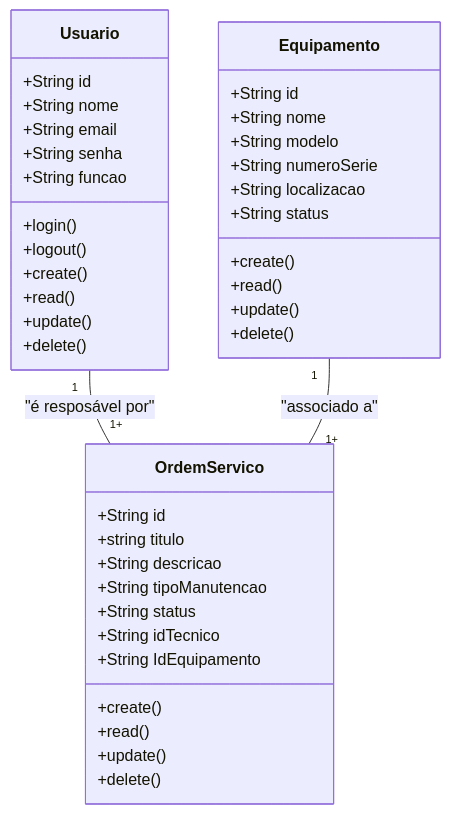
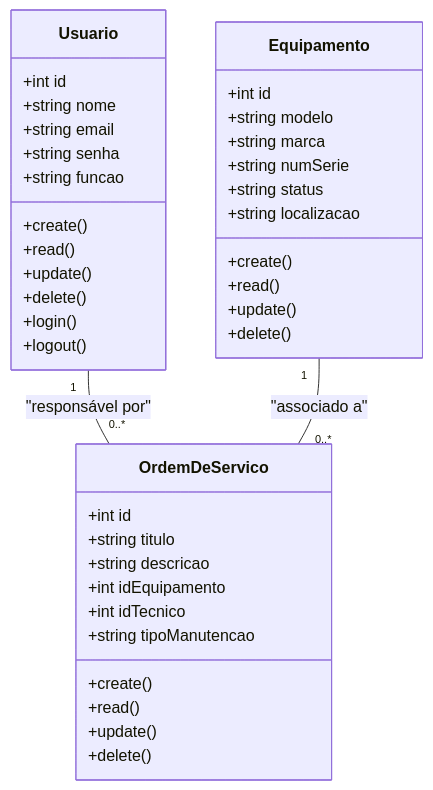
The first of 3 diagrams in FrameWorks/Next/formativa-sgm/README.md (mary-silva2007/CursoFrontEnd-1), drawn with Mermaid before and after one commit. The commit also changed other lines of this file and 10 other files, not shown here.

````diff
--- a/FrameWorks/Next/formativa-sgm/README.md
+++ b/FrameWorks/Next/formativa-sgm/README.md
@@ -27,49 +34,47 @@
 ```mermaid
 
 classDiagram
-
-    class Usuario{
-        +String id
-        +String nome
-        +String email
-        +String senha
-        +String funcao
+    class Usuario {
+        +int id
+        +string nome
+        +string email
+        +string senha
+        +string funcao
+        +create()
+        +read()
+        +update()
+        +delete()
         +login()
         +logout()
+    }
+
+    class Equipamento {
+        +int id
+        +string modelo
+        +string marca
+        +string numSerie
+        +string status
+        +string localizacao
         +create()
         +read()
         +update()
         +delete()
     }
 
-    class Equipamento{
-        +String id
-        +String nome
-        +String modelo
-        +String numeroSerie
-        +String localizacao
-        +String status
+    class OrdemDeServico {
+        +int id
+        +string titulo
+        +string descricao
+        +int idEquipamento
+        +int idTecnico
+        +string tipoManutencao
         +create()
         +read()
         +update()
         +delete()
     }
 
-    class OrdemServico{
-        +String id
-        +string titulo
-        +String descricao
-        +String tipoManutencao
-        +String status
-        +String idTecnico
-        +String IdEquipamento
-        +create()
-        +read()
-        +update()
-        +delete()
-    }
-
-    Usuario "1" -- "1+" OrdemServico : "é resposável por"
-    Equipamento "1" -- "1+" OrdemServico : "associado a"
+    Usuario "1" -- "0..*" OrdemDeServico : "responsável por"
+    Equipamento "1" -- "0..*" OrdemDeServico : "associado a"
 
 ```
````
